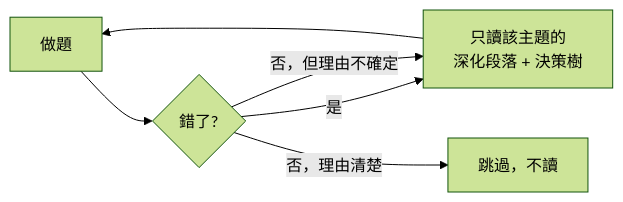
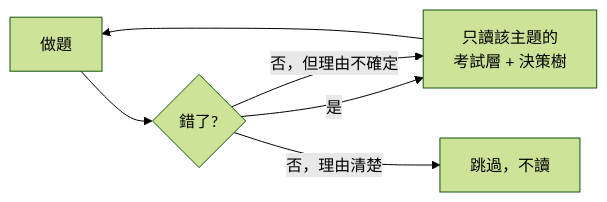
The diagram in 01-讀書計劃/10 天急救計劃.md (ChunPingWang/aws-saa-003-prepartaion), drawn with Mermaid (forest theme) before and after one commit. The commit also changed other lines of this file and 22 other files, not shown here.

````diff
--- a/01-讀書計劃/10 天急救計劃.md
+++ b/01-讀書計劃/10 天急救計劃.md
@@ -24,8 +24,8 @@
 ```mermaid
 flowchart LR
     A["做題"] --> B{"錯了?"}
-    B -->|"是"| C["只讀該主題的<br/>深化段落 + 決策樹"]
+    B -->|"是"| C["只讀該主題的<br/>考試層 + 決策樹"]
     B -->|"否，但理由不確定"| C
     B -->|"否，理由清楚"| D["跳過，不讀"]
     C --> A
 ```
````
